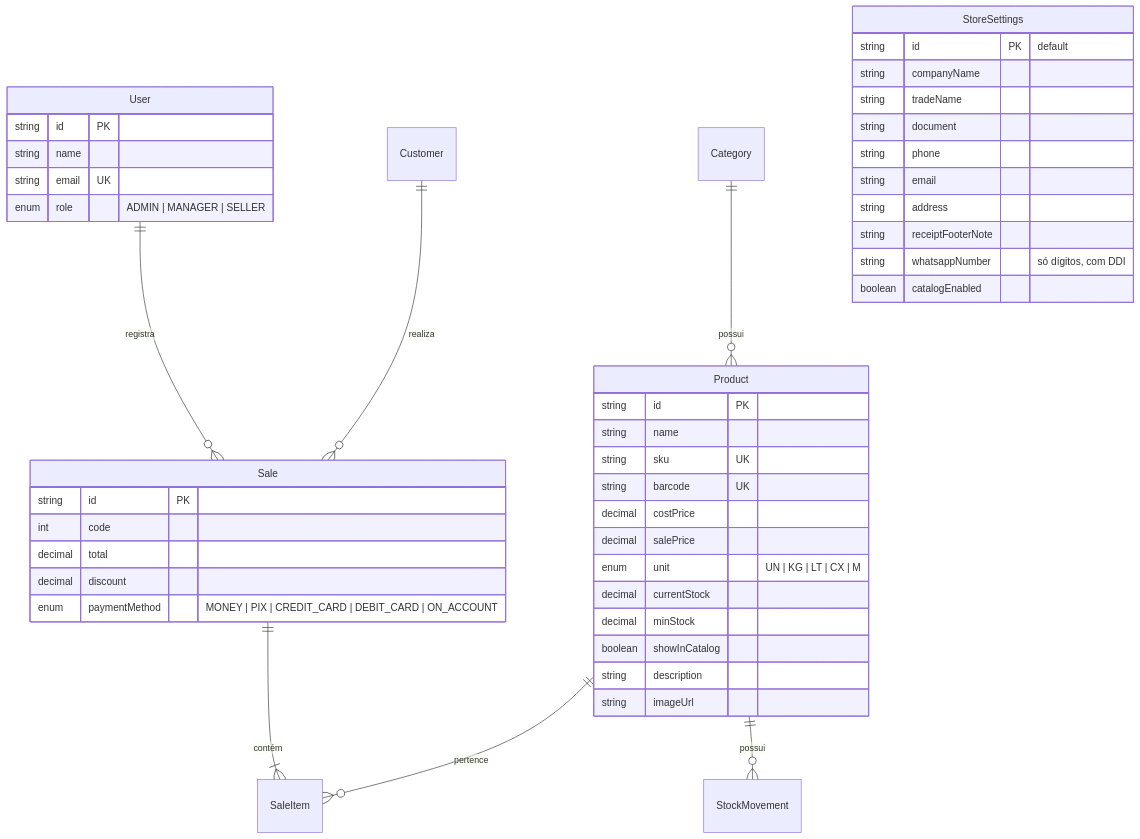
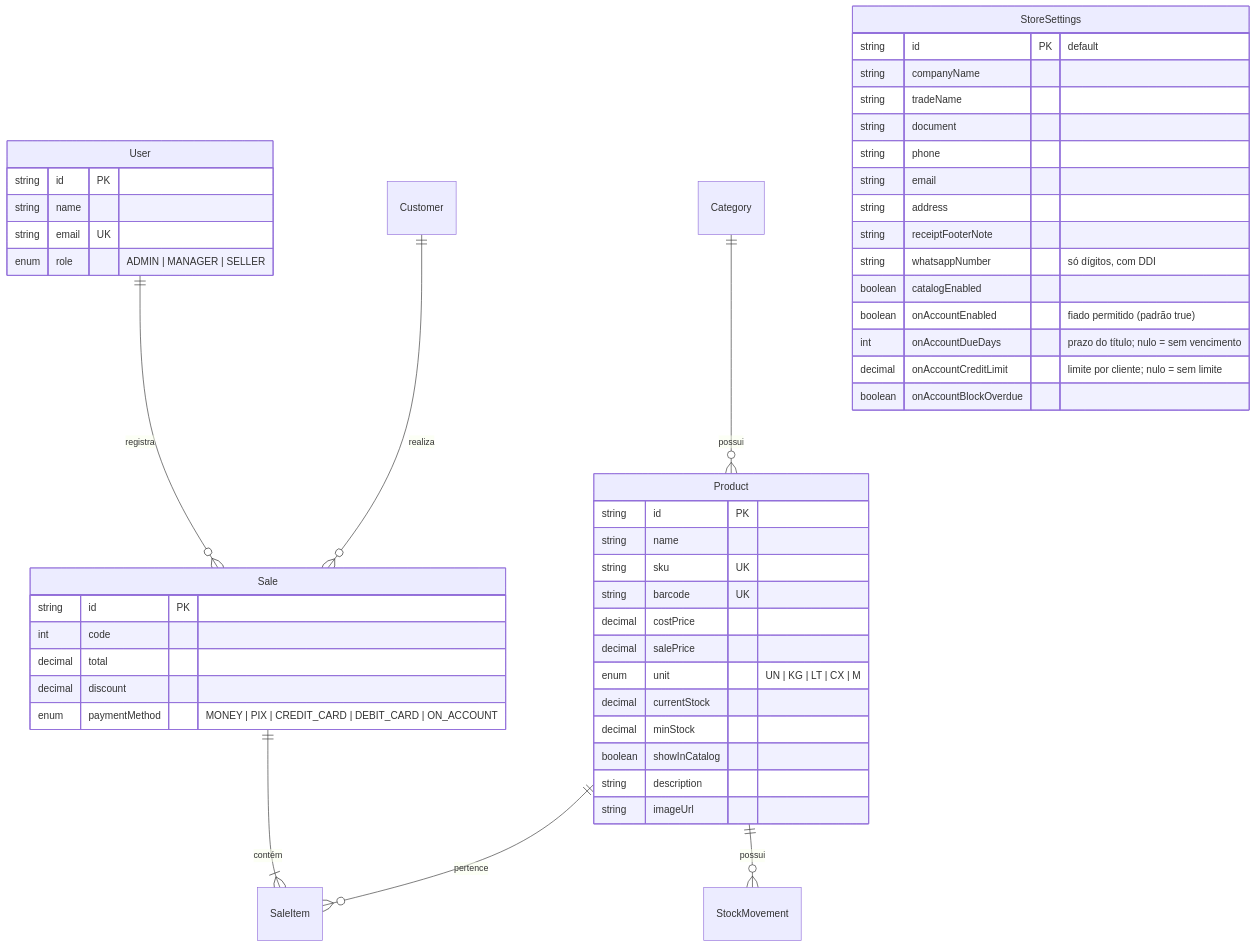
The second of 2 diagrams in ARCHITECTURE.md (BrunoMNoronha/gestao-lojas), drawn with Mermaid before and after one commit. The commit also changed other lines of this file and 16 other files, not shown here.

First line of the commit message:
feat(fiado): store settings for on-account sales (#29) (#32)

````diff
--- a/ARCHITECTURE.md
+++ b/ARCHITECTURE.md
@@ -29,52 +29,56 @@
 ```mermaid
 erDiagram
     User ||--o{ Sale : "registra"
     Customer ||--o{ Sale : "realiza"
     Category ||--o{ Product : "possui"
     Product ||--o{ SaleItem : "pertence"
     Sale ||--|{ SaleItem : "contém"
     Product ||--o{ StockMovement : "possui"
 
     User {
         string id PK
         string name
         string email UK
         enum role "ADMIN | MANAGER | SELLER"
     }
 
     Product {
         string id PK
         string name
         string sku UK
         string barcode UK
         decimal costPrice
         decimal salePrice
         enum unit "UN | KG | LT | CX | M"
         decimal currentStock
         decimal minStock
         boolean showInCatalog
         string description
         string imageUrl
     }
 
     StoreSettings {
         string id PK "default"
         string companyName
         string tradeName
         string document
         string phone
         string email
         string address
         string receiptFooterNote
         string whatsappNumber "só dígitos, com DDI"
         boolean catalogEnabled
+        boolean onAccountEnabled "fiado permitido (padrão true)"
+        int onAccountDueDays "prazo do título; nulo = sem vencimento"
+        decimal onAccountCreditLimit "limite por cliente; nulo = sem limite"
+        boolean onAccountBlockOverdue
     }
 
     Sale {
         string id PK
         int code
         decimal total
         decimal discount
         enum paymentMethod "MONEY | PIX | CREDIT_CARD | DEBIT_CARD | ON_ACCOUNT"
     }
 ```
````
